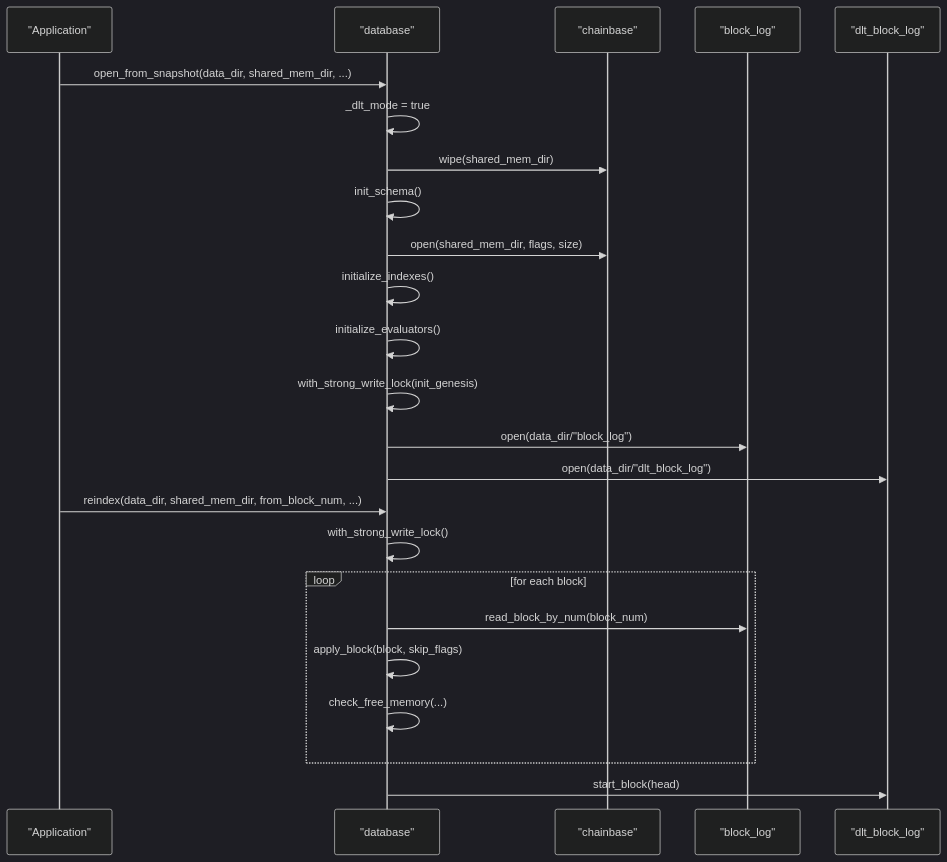
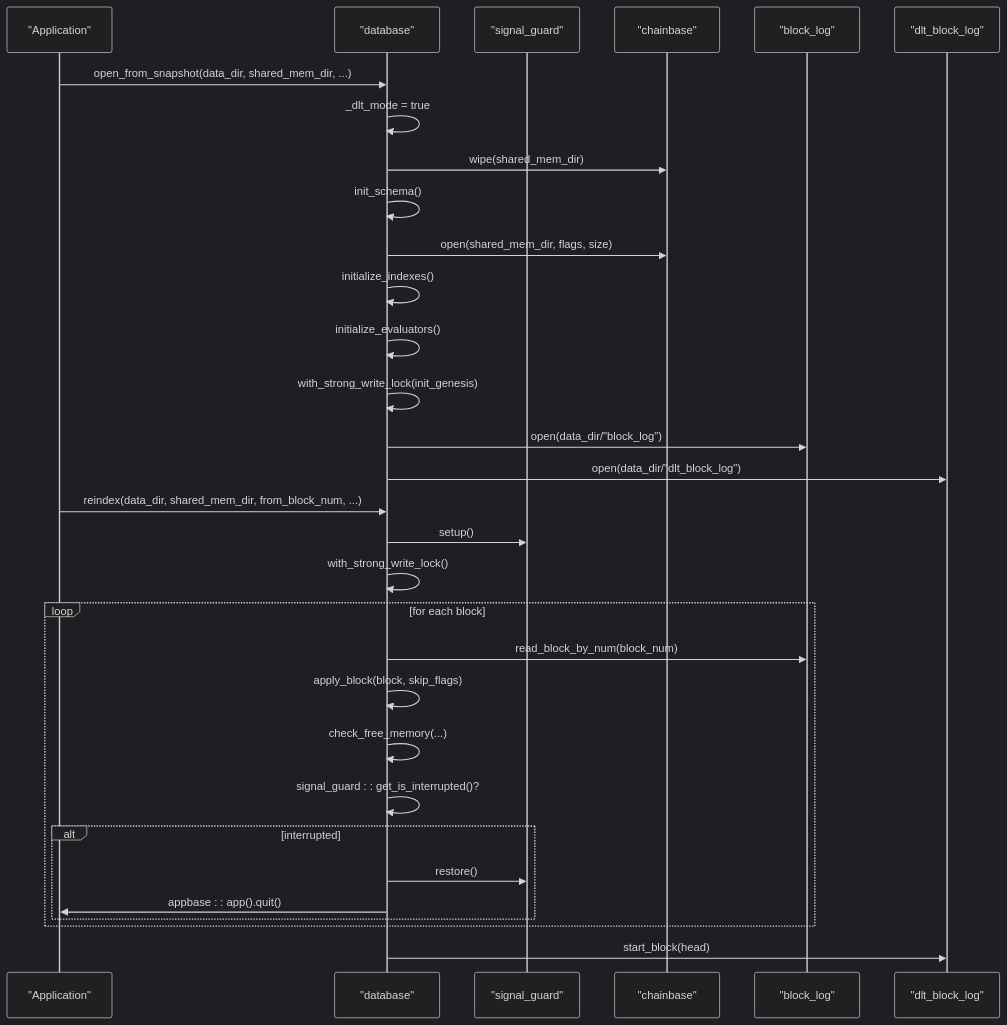
Before and after one commit to VIZ-Blockchain/viz-cpp-node: the third of 11 diagrams in .qoder/repowiki/en/content/Architecture Overview/Core Libraries/Chain Library/Database Management/Database Management.md, drawn with Mermaid (dark theme). The commit also changed other lines of this file and 4 other files, not shown here.

````diff
--- a/.qoder/repowiki/en/content/Architecture Overview/Core Libraries/Chain Library/Database Management/Database Management.md
+++ b/.qoder/repowiki/en/content/Architecture Overview/Core Libraries/Chain Library/Database Management/Database Management.md
@@ -178,26 +189,33 @@
 ```mermaid
 sequenceDiagram
 participant App as "Application"
 participant DB as "database"
+participant SG as "signal_guard"
 participant CB as "chainbase"
 participant BL as "block_log"
 participant DLT as "dlt_block_log"
 App->>DB : open_from_snapshot(data_dir, shared_mem_dir, ...)
 DB->>DB : _dlt_mode = true
 DB->>CB : wipe(shared_mem_dir)
 DB->>DB : init_schema()
 DB->>CB : open(shared_mem_dir, flags, size)
 DB->>DB : initialize_indexes()
 DB->>DB : initialize_evaluators()
 DB->>DB : with_strong_write_lock(init_genesis)
 DB->>BL : open(data_dir/"block_log")
 DB->>DLT : open(data_dir/"dlt_block_log")
 App->>DB : reindex(data_dir, shared_mem_dir, from_block_num, ...)
+DB->>SG : setup()
 DB->>DB : with_strong_write_lock()
 loop for each block
 DB->>BL : read_block_by_num(block_num)
 DB->>DB : apply_block(block, skip_flags)
 DB->>DB : check_free_memory(...)
+DB->>DB : signal_guard : : get_is_interrupted()?
+alt interrupted
+DB->>SG : restore()
+DB->>App : appbase : : app().quit()
+end
 end
 DB->>DLT : start_block(head)
 ```
````
